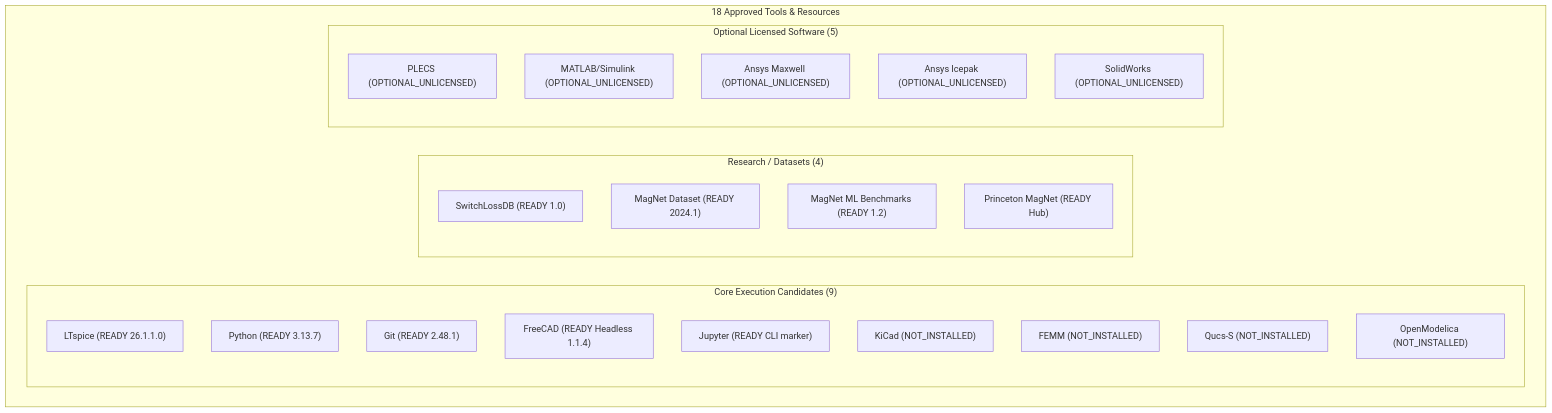
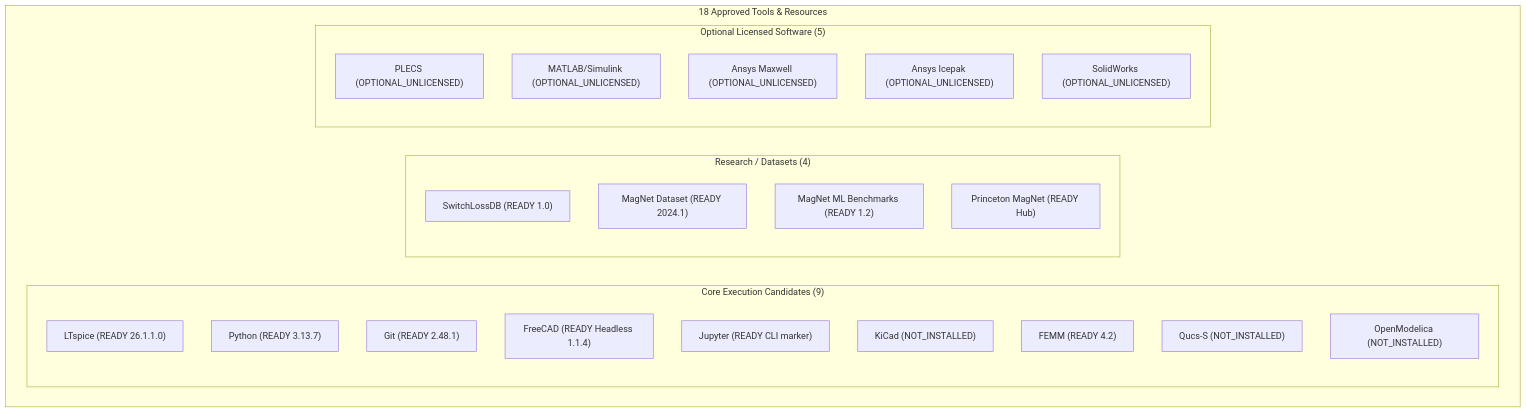
Before and after one commit to mendextechnologies-dot/Mendex-Studio: the diagram in docs/v1.6/TOOL_READINESS_MATRIX.md, drawn with Mermaid. The commit also changed other lines of this file and 8 other files, not shown here.

````diff
--- a/docs/v1.6/TOOL_READINESS_MATRIX.md
+++ b/docs/v1.6/TOOL_READINESS_MATRIX.md
@@ -48,29 +48,29 @@
 ```mermaid
 flowchart TD
     subgraph Approved18Tools["18 Approved Tools & Resources"]
         subgraph CoreCandidates["Core Execution Candidates (9)"]
             T1["LTspice (READY 26.1.1.0)"]
             T2["Python (READY 3.13.7)"]
             T3["Git (READY 2.48.1)"]
             T4["FreeCAD (READY Headless 1.1.4)"]
             T5["Jupyter (READY CLI marker)"]
             T6["KiCad (NOT_INSTALLED)"]
-            T7["FEMM (NOT_INSTALLED)"]
+            T7["FEMM (READY 4.2)"]
             T8["Qucs-S (NOT_INSTALLED)"]
             T9["OpenModelica (NOT_INSTALLED)"]
         end
         subgraph ResearchDatasets["Research / Datasets (4)"]
             D1["SwitchLossDB (READY 1.0)"]
             D2["MagNet Dataset (READY 2024.1)"]
             D3["MagNet ML Benchmarks (READY 1.2)"]
             D4["Princeton MagNet (READY Hub)"]
         end
         subgraph CommercialStubs["Optional Licensed Software (5)"]
             C1["PLECS (OPTIONAL_UNLICENSED)"]
             C2["MATLAB/Simulink (OPTIONAL_UNLICENSED)"]
             C3["Ansys Maxwell (OPTIONAL_UNLICENSED)"]
             C4["Ansys Icepak (OPTIONAL_UNLICENSED)"]
             C5["SolidWorks (OPTIONAL_UNLICENSED)"]
         end
     end
 ```
````
